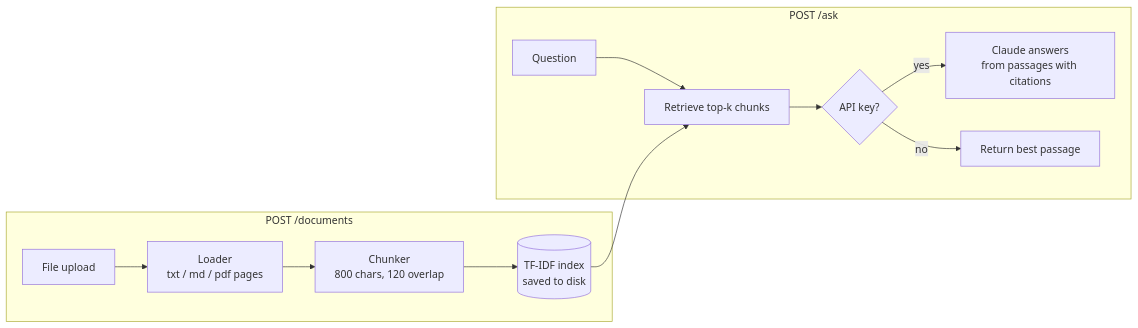
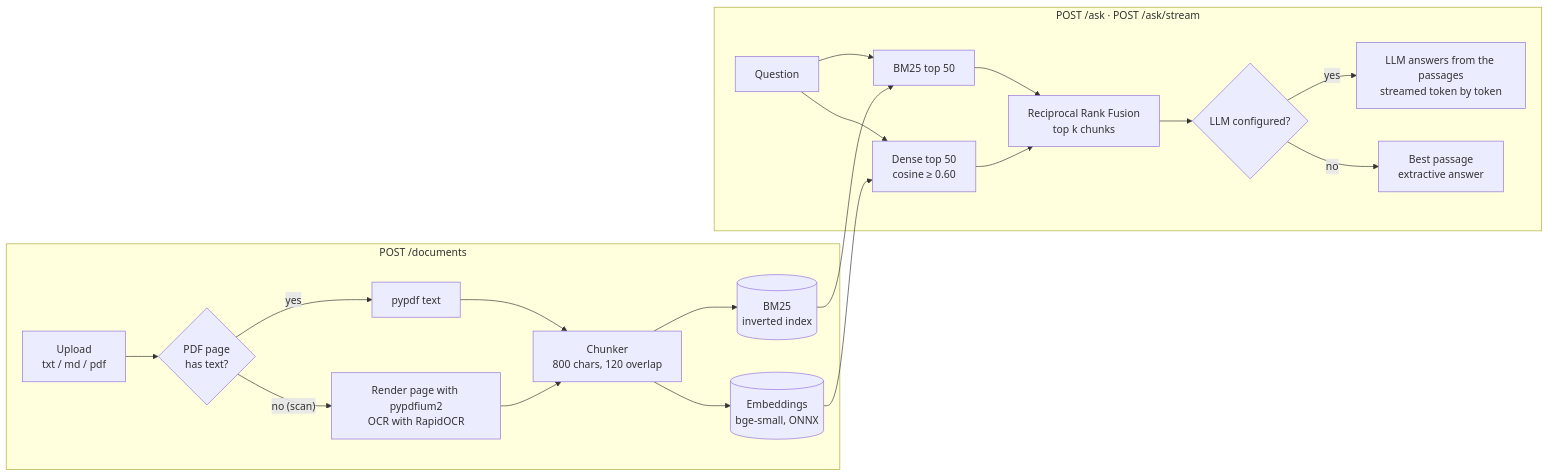
Before and after one commit to abhisheklakhani-it/rag-docqa: the diagram in README.md, drawn with Mermaid. The commit also changed other lines of this file, not shown here.

Commit message:
Update README: evaluation results, streaming, OCR, Docker sizes, demo

````diff
--- a/README.md
+++ b/README.md
@@ -24,15 +29,23 @@
 ```mermaid
 flowchart LR
     subgraph Ingest["POST /documents"]
-        A[File upload] --> B[Loader<br/>txt / md / pdf pages]
-        B --> C[Chunker<br/>800 chars, 120 overlap]
-        C --> D[(TF-IDF index<br/>saved to disk)]
+        A[Upload<br/>txt / md / pdf] --> B{PDF page<br/>has text?}
+        B -- yes --> C[pypdf text]
+        B -- "no (scan)" --> O[Render page with pypdfium2<br/>OCR with RapidOCR]
+        C --> K[Chunker<br/>800 chars, 120 overlap]
+        O --> K
+        K --> BM[(BM25<br/>inverted index)]
+        K --> EM[(Embeddings<br/>bge-small, ONNX)]
     end
-    subgraph Query["POST /ask"]
-        Q[Question] --> R[Retrieve top-k chunks]
-        D --> R
-        R --> G{API key?}
-        G -- yes --> L[Claude answers<br/>from passages with citations]
-        G -- no --> E[Return best passage]
+    subgraph Query["POST /ask  ·  POST /ask/stream"]
+        Q[Question] --> S1[BM25 top 50]
+        Q --> S2[Dense top 50<br/>cosine ≥ 0.60]
+        BM --> S1
+        EM --> S2
+        S1 --> F[Reciprocal Rank Fusion<br/>top k chunks]
+        S2 --> F
+        F --> G{LLM configured?}
+        G -- yes --> L[LLM answers from the passages<br/>streamed token by token]
+        G -- no --> E[Best passage<br/>extractive answer]
     end
 ```
````
